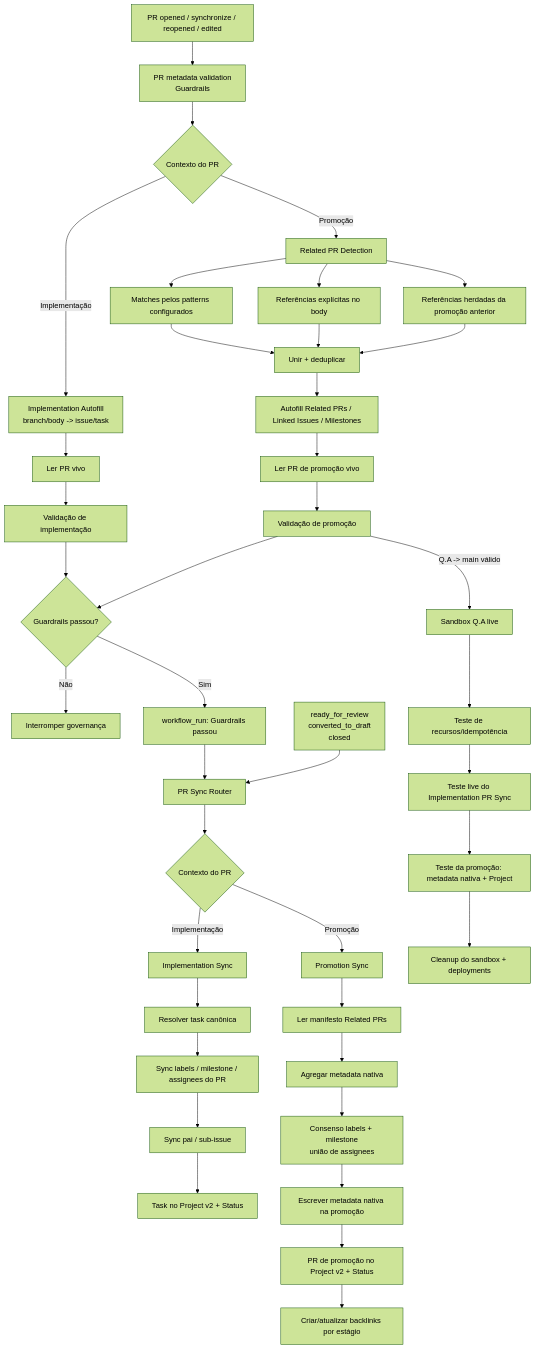
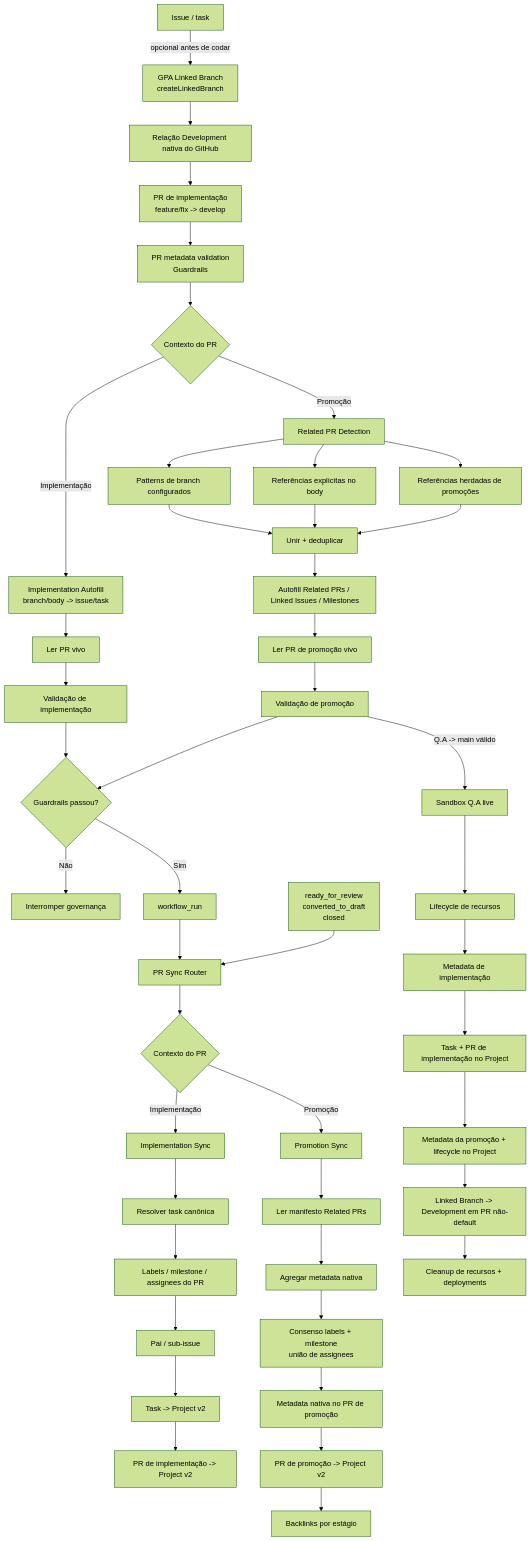
The diagram in docs/repo/pr-governance-architecture.pt-BR.md (v-Kaefer/Github-Project-Automation), drawn with Mermaid (forest theme) before and after one commit. The commit also changed other lines of this file, not shown here.

Commit message:
docs: ampliar arquitetura para Development e Project

````diff
--- a/docs/repo/pr-governance-architecture.pt-BR.md
+++ b/docs/repo/pr-governance-architecture.pt-BR.md
@@ -20,49 +15,55 @@
 ```mermaid
 flowchart TD
-    A[PR opened / synchronize / reopened / edited] --> G[PR metadata validation<br/>Guardrails]
+    ISSUE[Issue / task] -->|opcional antes de codar| LB[GPA Linked Branch<br/>createLinkedBranch]
+    LB --> DEV[Relação Development nativa do GitHub]
+    DEV --> IPR[PR de implementação<br/>feature/fix -> develop]
+
+    IPR --> G[PR metadata validation<br/>Guardrails]
     G --> R{Contexto do PR}
-
     R -->|Implementação| IAF[Implementation Autofill<br/>branch/body -> issue/task]
     IAF --> ILIVE[Ler PR vivo]
     ILIVE --> IV[Validação de implementação]
 
     R -->|Promoção| PAF[Related PR Detection]
-    PAF --> PB[Matches pelos patterns configurados]
+    PAF --> PB[Patterns de branch configurados]
     PAF --> PE[Referências explícitas no body]
-    PAF --> PI[Referências herdadas da promoção anterior]
+    PAF --> PI[Referências herdadas de promoções]
     PB --> PM[Unir + deduplicar]
     PE --> PM
     PI --> PM
     PM --> PWRITE[Autofill Related PRs / Linked Issues / Milestones]
     PWRITE --> PLIVE[Ler PR de promoção vivo]
     PLIVE --> PV[Validação de promoção]
 
-    IV --> V{Guardrails passou?}
-    PV --> V
-    V -- Não --> STOP[Interromper governança]
-    V -- Sim --> WR[workflow_run: Guardrails passou]
+    IV --> OK{Guardrails passou?}
+    PV --> OK
+    OK -- Não --> STOP[Interromper governança]
+    OK -- Sim --> WR[workflow_run]
 
     WR --> S[PR Sync Router]
-    L[ready_for_review<br/>converted_to_draft<br/>closed] --> S
+    LIFE[ready_for_review<br/>converted_to_draft<br/>closed] --> S
     S --> T{Contexto do PR}
 
     T -->|Implementação| IS[Implementation Sync]
     IS --> TASK[Resolver task canônica]
-    TASK --> IMETA[Sync labels / milestone / assignees do PR]
-    IMETA --> REL[Sync pai / sub-issue]
-    REL --> IPROJ[Task no Project v2 + Status]
+    TASK --> IMETA[Labels / milestone / assignees do PR]
+    IMETA --> REL[Pai / sub-issue]
+    REL --> TPROJ[Task -> Project v2]
+    TPROJ --> IPROJ[PR de implementação -> Project v2]
 
     T -->|Promoção| PS[Promotion Sync]
     PS --> MANIFEST[Ler manifesto Related PRs]
     MANIFEST --> AGG[Agregar metadata nativa]
     AGG --> PCONS[Consenso labels + milestone<br/>união de assignees]
-    PCONS --> PPR[Escrever metadata nativa na promoção]
-    PPR --> PPROJ[PR de promoção no Project v2 + Status]
-    PPROJ --> BACKLINK[Criar/atualizar backlinks por estágio]
+    PCONS --> PMETA[Metadata nativa no PR de promoção]
+    PMETA --> PPROJ[PR de promoção -> Project v2]
+    PPROJ --> BACK[Backlinks por estágio]
 
     PV -->|Q.A -> main válido| QA[Sandbox Q.A live]
-    QA --> QAR[Teste de recursos/idempotência]
-    QAR --> QAI[Teste live do Implementation PR Sync]
-    QAI --> QAP[Teste da promoção: metadata nativa + Project]
-    QAP --> QAC[Cleanup do sandbox + deployments]
+    QA --> QAR[Lifecycle de recursos]
+    QAR --> QAI[Metadata de implementação]
+    QAI --> QAIP[Task + PR de implementação no Project]
+    QAIP --> QAP[Metadata da promoção + lifecycle no Project]
+    QAP --> QAD[Linked Branch -> Development em PR não-default]
+    QAD --> QAC[Cleanup de recursos + deployments]
 ```
````
